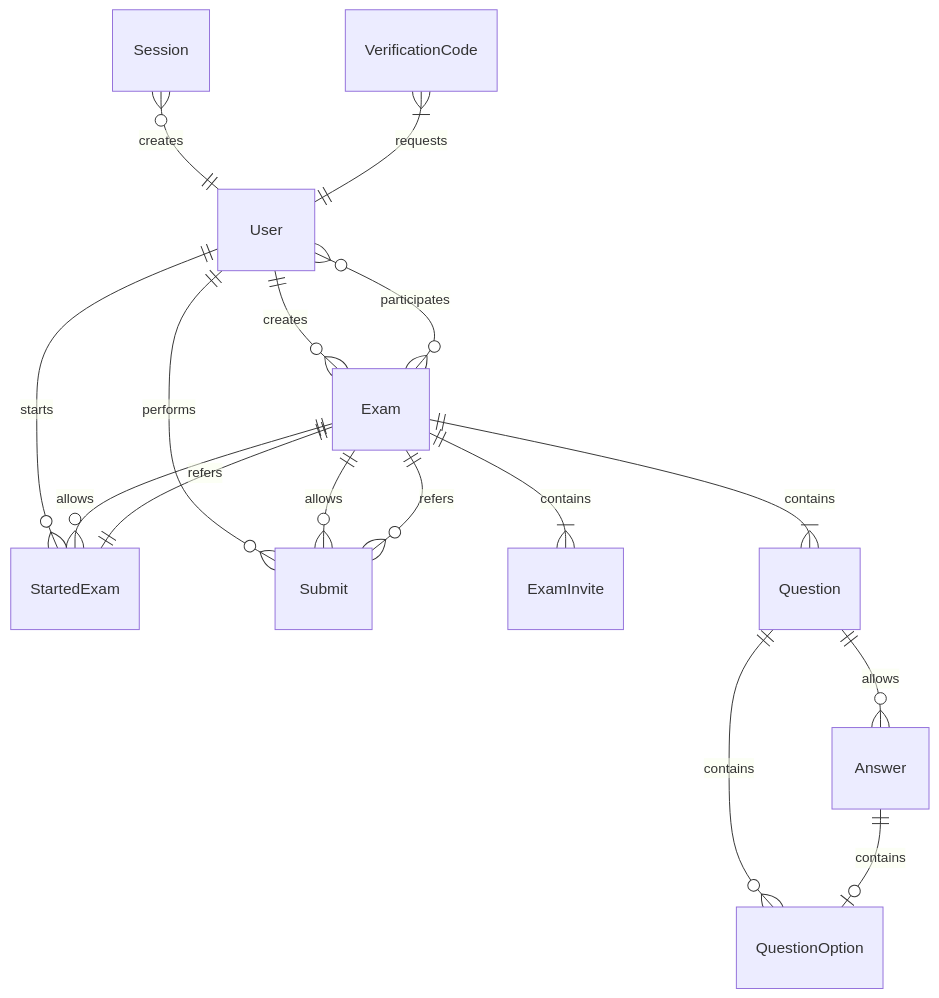
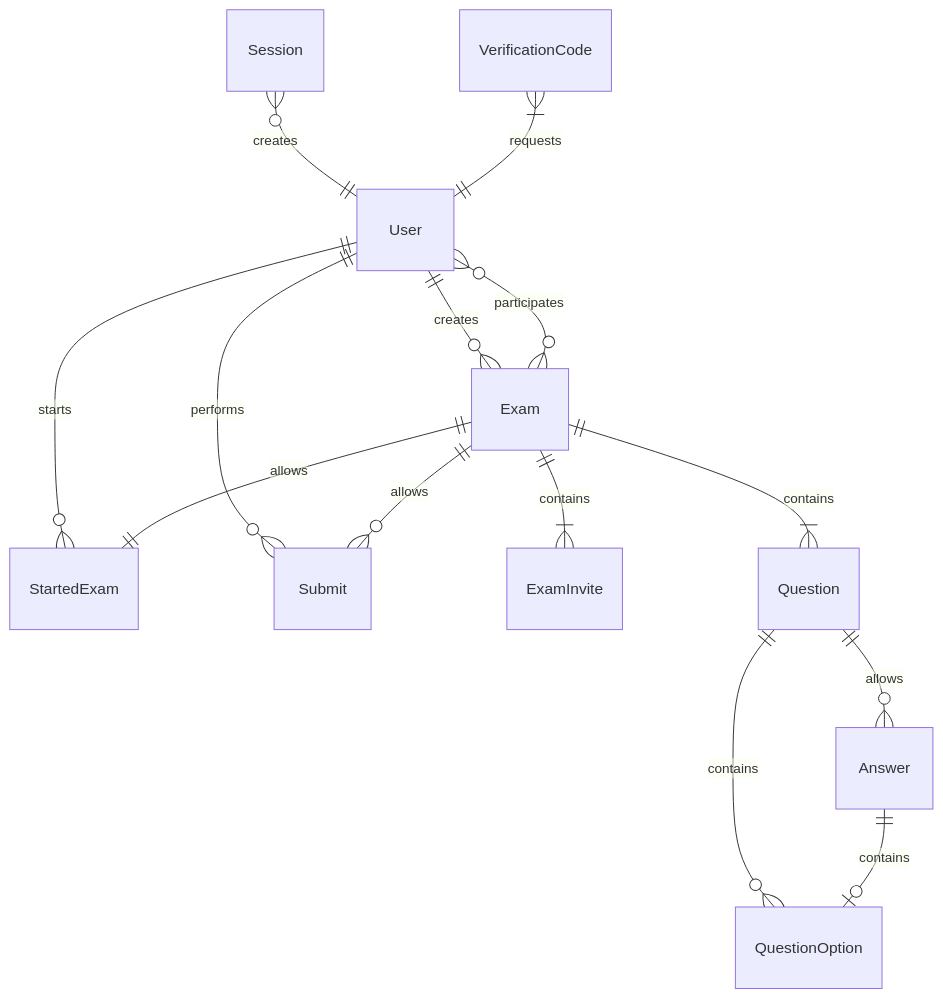
Before and after one commit to Alphka/EduAlphka: the diagram in diagram/conceptual-diagram.mmd, drawn with Mermaid. The commit also changed 1 other file, not shown here.

Commit message:
Fix database diagrams

```diff
--- a/diagram/conceptual-diagram.mmd
+++ b/diagram/conceptual-diagram.mmd
@@ -1,43 +1,41 @@
 ---
 config:
     class:
         hideEmptyMembersBox: true
     theme: default
     look: classic
     layout: dagre
 ---
 erDiagram
     Session
     Session 0+--1 User : creates
 
     VerificationCode
     VerificationCode 1+--1 User : requests
 
     User
     User 1--0+ Exam : creates
     User 0+--0+ Exam : participates
     User 1--0+ StartedExam : starts
     User 1--0+ Submit : performs
 
     StartedExam
-    StartedExam 1--1 Exam : refers
 
     Exam
-    Exam 1--0+ StartedExam : allows
+    Exam 1--1 StartedExam : allows
     Exam 1--1+ ExamInvite : contains
     Exam 1--1+ Question : contains
     Exam 1--0+ Submit : allows
 
     ExamInvite
 
     Question
     Question 1--0+ Answer : allows
     Question 1--0+ QuestionOption : contains
 
     QuestionOption
 
     Answer
     Answer 1--zero or one QuestionOption : contains
 
     Submit
-    Submit 0+--1 Exam : refers
```
